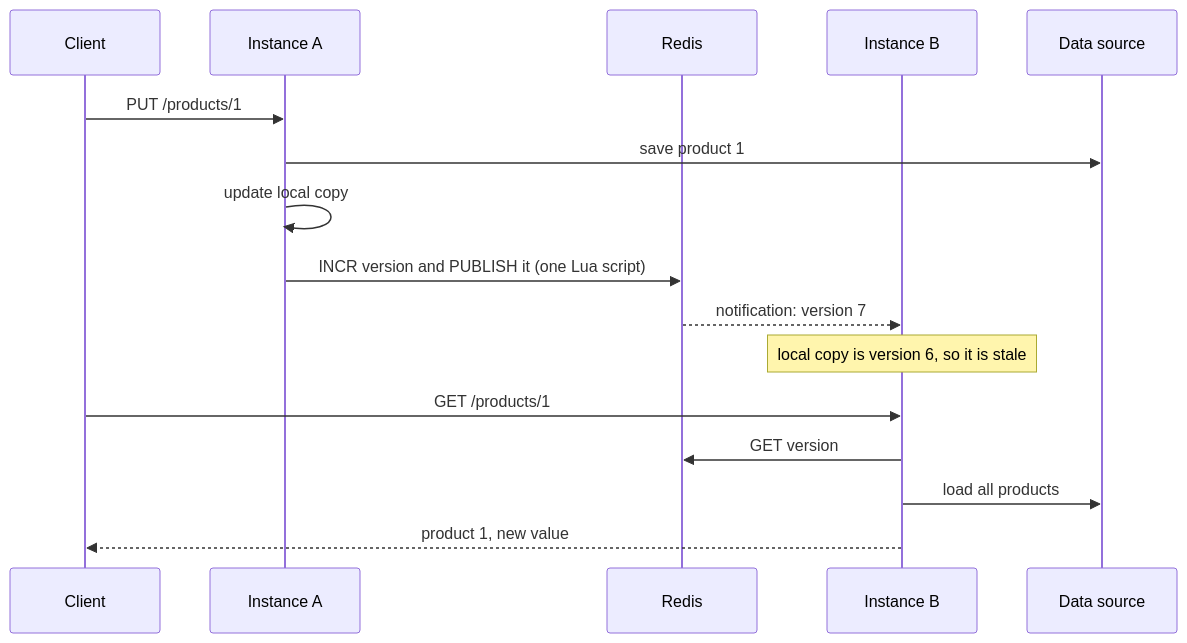
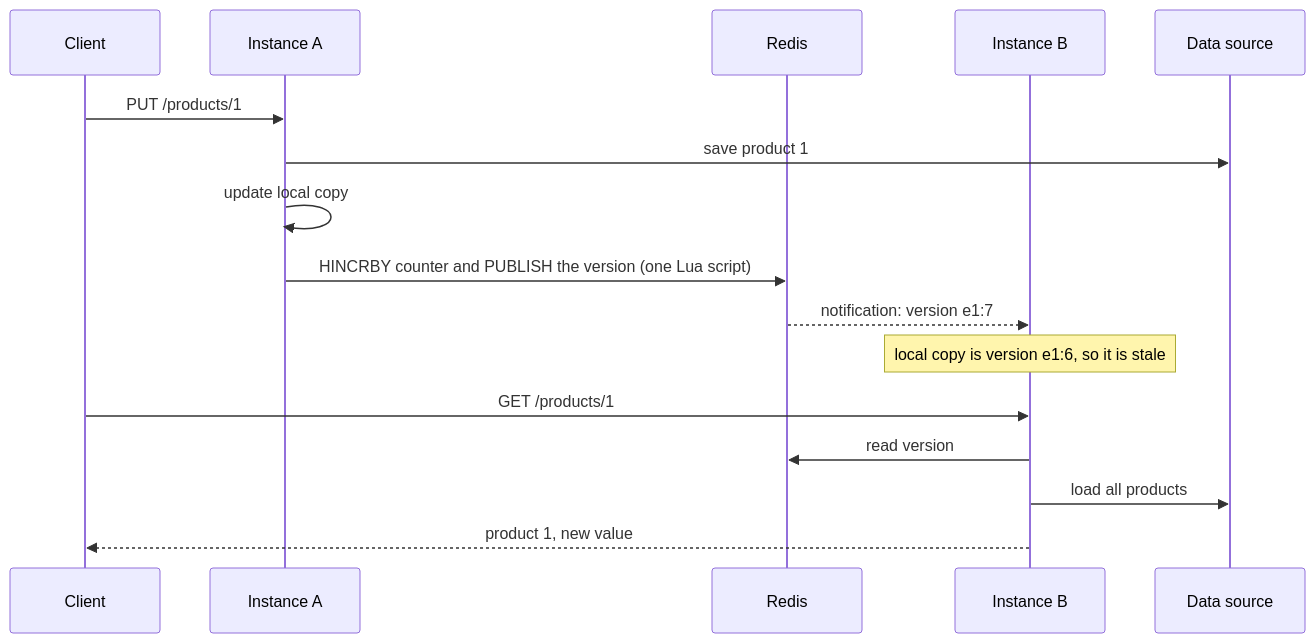
Before and after one commit to ihor-poliukhovych/HybridDistributedCache: the diagram in README.md, drawn with Mermaid. The commit also changed other lines of this file and 7 other files, not shown here.

````diff
--- a/README.md
+++ b/README.md
@@ -24,19 +24,19 @@
 ```mermaid
 sequenceDiagram
     participant C as Client
     participant A as Instance A
     participant R as Redis
     participant B as Instance B
     participant S as Data source
 
     C->>A: PUT /products/1
     A->>S: save product 1
     A->>A: update local copy
-    A->>R: INCR version and PUBLISH it (one Lua script)
-    R-->>B: notification: version 7
-    Note over B: local copy is version 6, so it is stale
+    A->>R: HINCRBY counter and PUBLISH the version (one Lua script)
+    R-->>B: notification: version e1:7
+    Note over B: local copy is version e1:6, so it is stale
     C->>B: GET /products/1
-    B->>R: GET version
+    B->>R: read version
     B->>S: load all products
     B-->>C: product 1, new value
 ```
````
